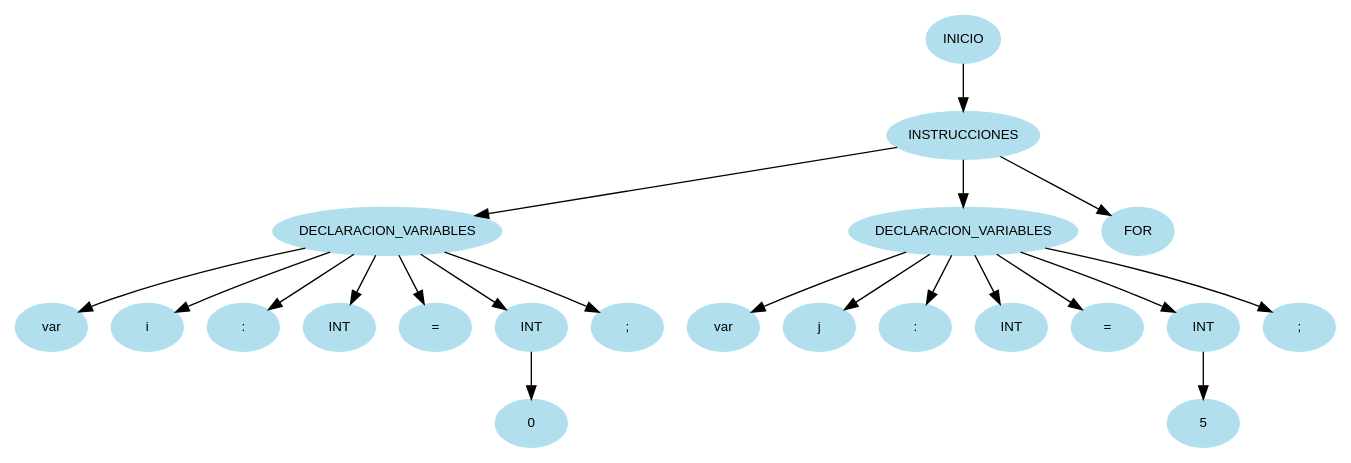
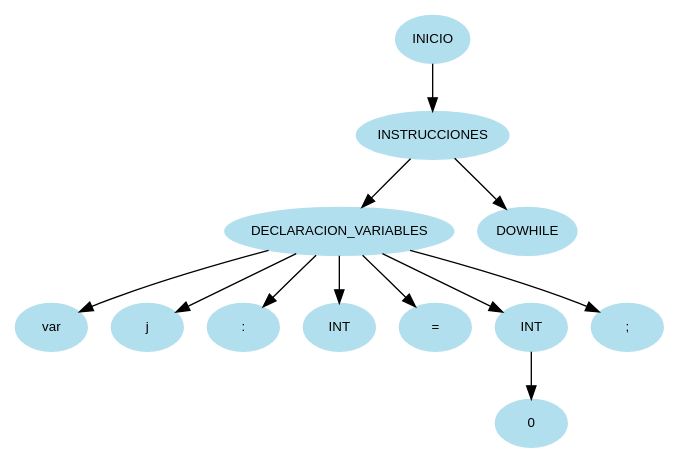
Before and after one commit to MMP119/OLC1_JavaCraft: the diagram in Fase_1/Reports/arbolAST.dot, drawn with Graphviz. The commit also changed 13 other files, not shown here.

```diff
--- a/Fase_1/Reports/arbolAST.dot
+++ b/Fase_1/Reports/arbolAST.dot
@@ -1,45 +1,27 @@
 digraph arbolAST{
 node [shape=oval, style=filled, color=lightblue2, fontname=Helvetica, fontsize=10];
 edge [fontname=Helvetica, fontsize=10];
 n0[label="INICIO"];
 n1[label="INSTRUCCIONES"];
 n0 -> n1;
 n2[label="DECLARACION_VARIABLES"];
 n1 -> n2;
 n3[label="var"];
 n2 -> n3;
-n4[label="i"];
+n4[label="j"];
 n2 -> n4;
 n5[label=":"];
 n2 -> n5;
 n6[label="INT"];
 n2 -> n6;
 n7[label="="];
 n2 -> n7;
 n8[label="INT"];
 n2 -> n8;
 n9[label="0"];
 n8 -> n9;
 n10[label=";"];
 n2 -> n10;
-n11[label="DECLARACION_VARIABLES"];
+n11[label="DOWHILE"];
 n1 -> n11;
-n12[label="var"];
-n11 -> n12;
-n13[label="j"];
-n11 -> n13;
-n14[label=":"];
-n11 -> n14;
-n15[label="INT"];
-n11 -> n15;
-n16[label="="];
-n11 -> n16;
-n17[label="INT"];
-n11 -> n17;
-n18[label="5"];
-n17 -> n18;
-n19[label=";"];
-n11 -> n19;
-n20[label="FOR"];
-n1 -> n20;
 }
```
